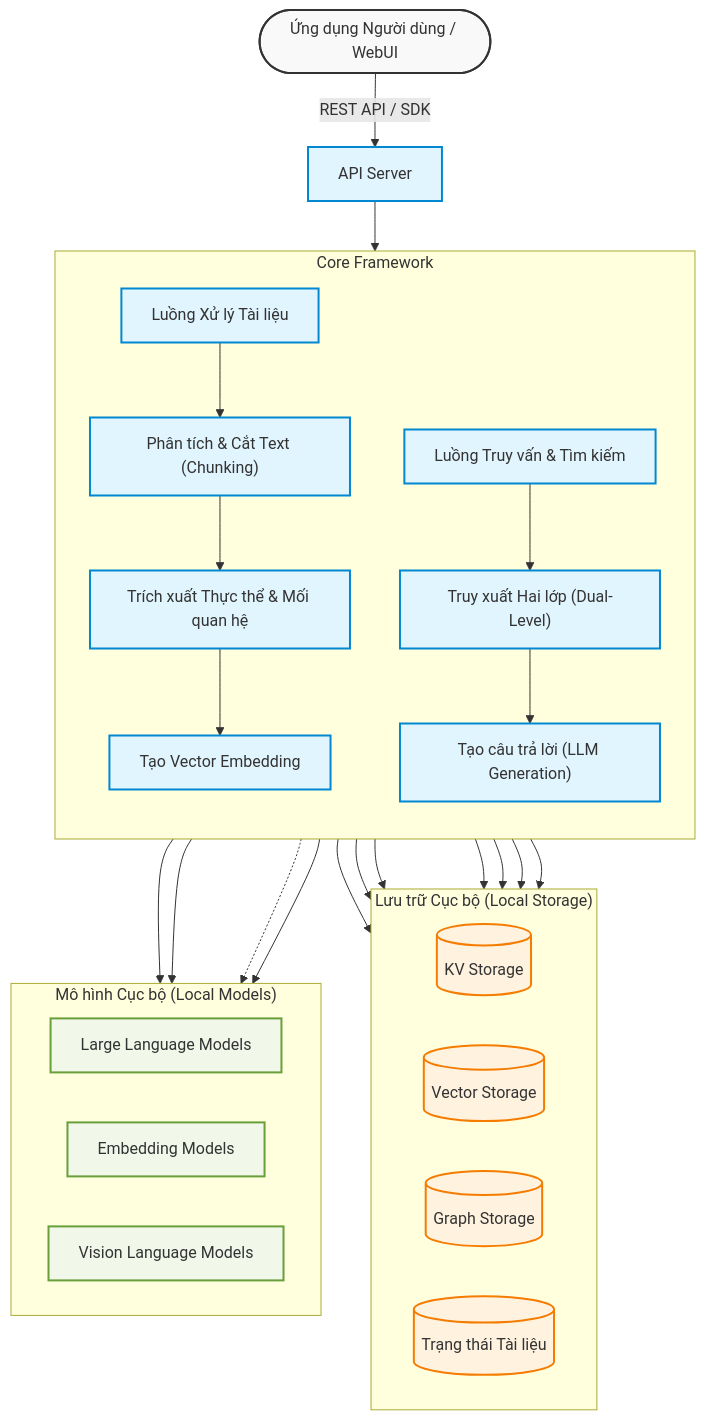
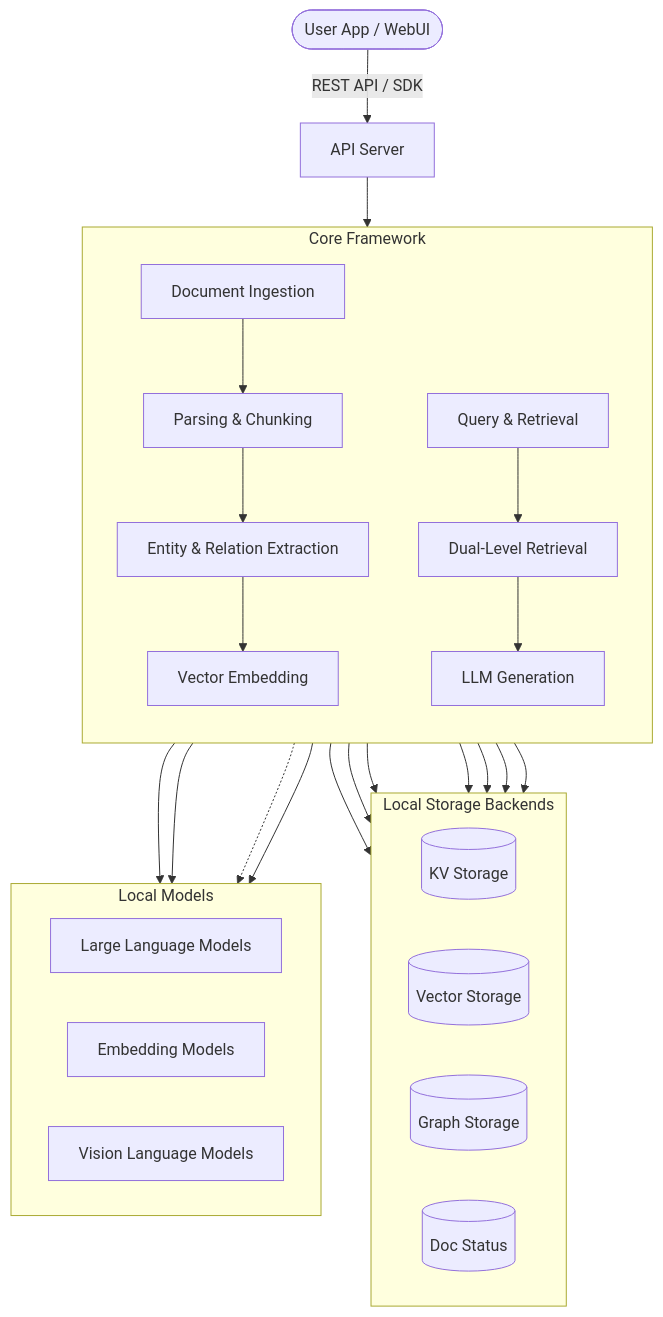
One commit to vanphuoc06/Legal-RAG changed the diagram in README.md. Above: the diagram before and after it, drawn with Mermaid.

````diff
--- a/README.md
+++ b/README.md
@@ -13,53 +13,48 @@
 ```mermaid
 graph TB
-    classDef userApp fill:#f9f9f9,stroke:#333,stroke-width:2px;
-    classDef module fill:#e1f5fe,stroke:#0288d1,stroke-width:2px;
-    classDef storage fill:#fff3e0,stroke:#f57c00,stroke-width:2px;
-    classDef external fill:#f1f8e9,stroke:#689f38,stroke-width:2px;
-
-    User(["Ứng dụng Người dùng / WebUI"]):::userApp --> |REST API / SDK| API["API Server"]:::module
+    User(["User App / WebUI"]) --> |REST API / SDK| API["API Server"]
 
     subgraph Core["Core Framework"]
         direction TB
-        Ingest["Luồng Xử lý Tài liệu"]:::module
-        Query["Luồng Truy vấn & Tìm kiếm"]:::module
+        Ingest["Document Ingestion"]
+        Query["Query & Retrieval"]
 
-        Ingest --> Parse["Phân tích & Cắt Text (Chunking)"]:::module
-        Parse --> Extract["Trích xuất Thực thể & Mối quan hệ"]:::module
-        Extract --> Embed["Tạo Vector Embedding"]:::module
+        Ingest --> Parse["Parsing & Chunking"]
+        Parse --> Extract["Entity & Relation Extraction"]
+        Extract --> Embed["Vector Embedding"]
 
-        Query --> Retrieve["Truy xuất Hai lớp (Dual-Level)"]:::module
-        Retrieve --> Gen["Tạo câu trả lời (LLM Generation)"]:::module
+        Query --> Retrieve["Dual-Level Retrieval"]
+        Retrieve --> Gen["LLM Generation"]
     end
     
     API --> Core
 
-    subgraph StorageLayer["Lưu trữ Cục bộ (Local Storage)"]
+    subgraph StorageLayer["Local Storage Backends"]
         direction LR
-        KV[("KV Storage")]:::storage
-        Vector[("Vector Storage")]:::storage
-        Graph[("Graph Storage")]:::storage
-        Doc[("Trạng thái Tài liệu")]:::storage
+        KV[("KV Storage")]
+        Vector[("Vector Storage")]
+        Graph[("Graph Storage")]
+        Doc[("Doc Status")]
     end
 
-    subgraph Models["Mô hình Cục bộ (Local Models)"]
+    subgraph Models["Local Models"]
         direction LR
-        LLM["Large Language Models"]:::external
-        EmbedMod["Embedding Models"]:::external
-        VLM["Vision Language Models"]:::external
+        LLM["Large Language Models"]
+        EmbedMod["Embedding Models"]
+        VLM["Vision Language Models"]
     end
 
     Extract --> Models
     Embed --> EmbedMod
     Gen --> LLM
     Parse -.-> VLM
 
     Extract --> KV
     Extract --> Graph
     Embed --> Vector
     Ingest --> Doc
 
     Retrieve --> KV
     Retrieve --> Vector
     Retrieve --> Graph
 ```
````
